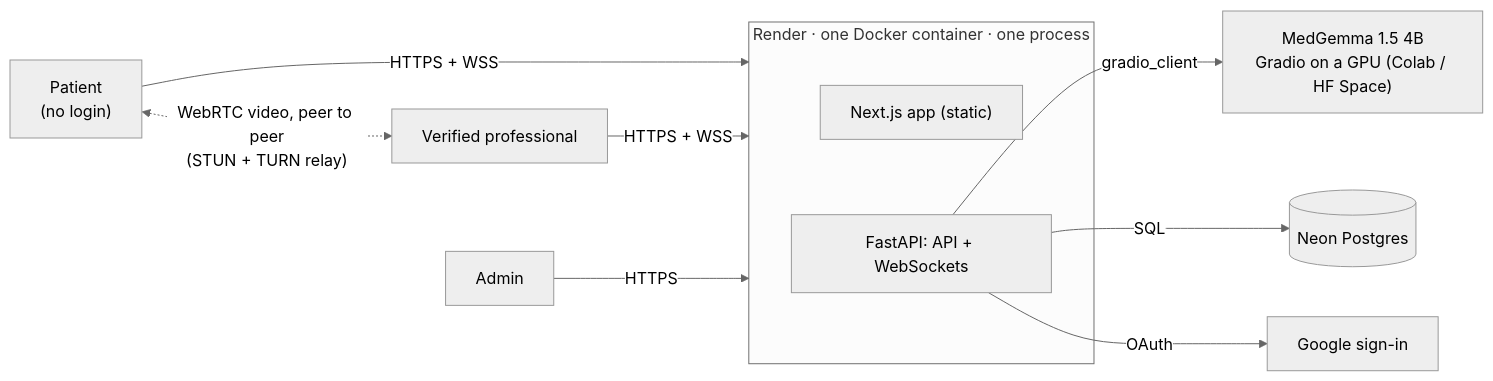
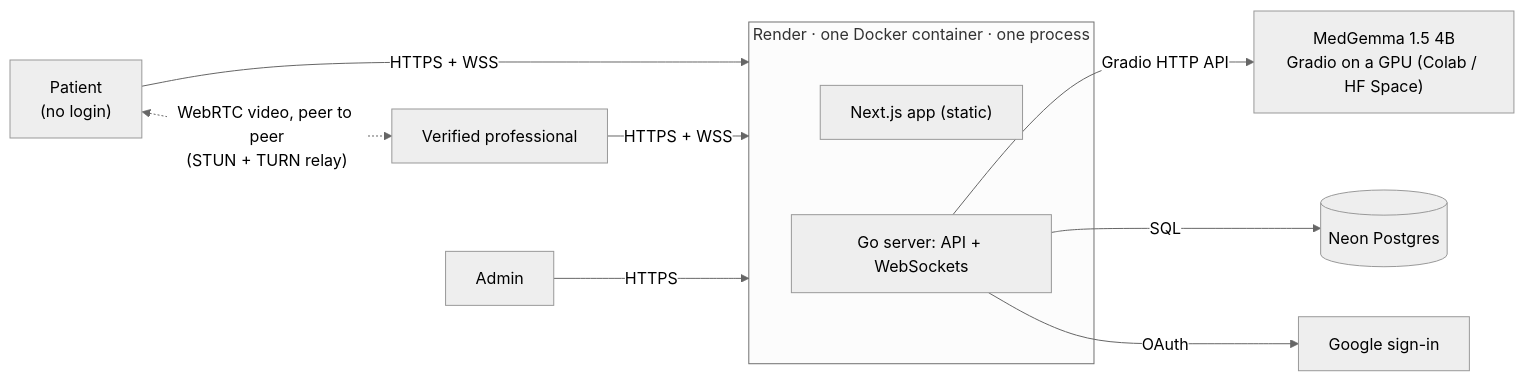
Before and after one commit to POOKIEE-DEVS/SwasthyaSetu: the diagram in README.md, drawn with Mermaid (neutral theme). The commit also changed other lines of this file and 4 other files, not shown here.

````diff
--- a/README.md
+++ b/README.md
@@ -42,14 +42,14 @@
 ```mermaid
 flowchart LR
     P["Patient<br/>(no login)"] -- "HTTPS + WSS" --> R
     D["Verified professional"] -- "HTTPS + WSS" --> R
     A["Admin"] -- HTTPS --> R
     subgraph R["Render · one Docker container · one process"]
         FE["Next.js app (static)"]
-        API["FastAPI: API + WebSockets"]
+        API["Go server: API + WebSockets"]
     end
-    API -- "gradio_client" --> M["MedGemma 1.5 4B<br/>Gradio on a GPU (Colab / HF Space)"]
+    API -- "Gradio HTTP API" --> M["MedGemma 1.5 4B<br/>Gradio on a GPU (Colab / HF Space)"]
     API -- SQL --> DB[("Neon Postgres")]
     API -- OAuth --> G["Google sign-in"]
     P <-. "WebRTC video, peer to peer<br/>(STUN + TURN relay)" .-> D
 ```
````
